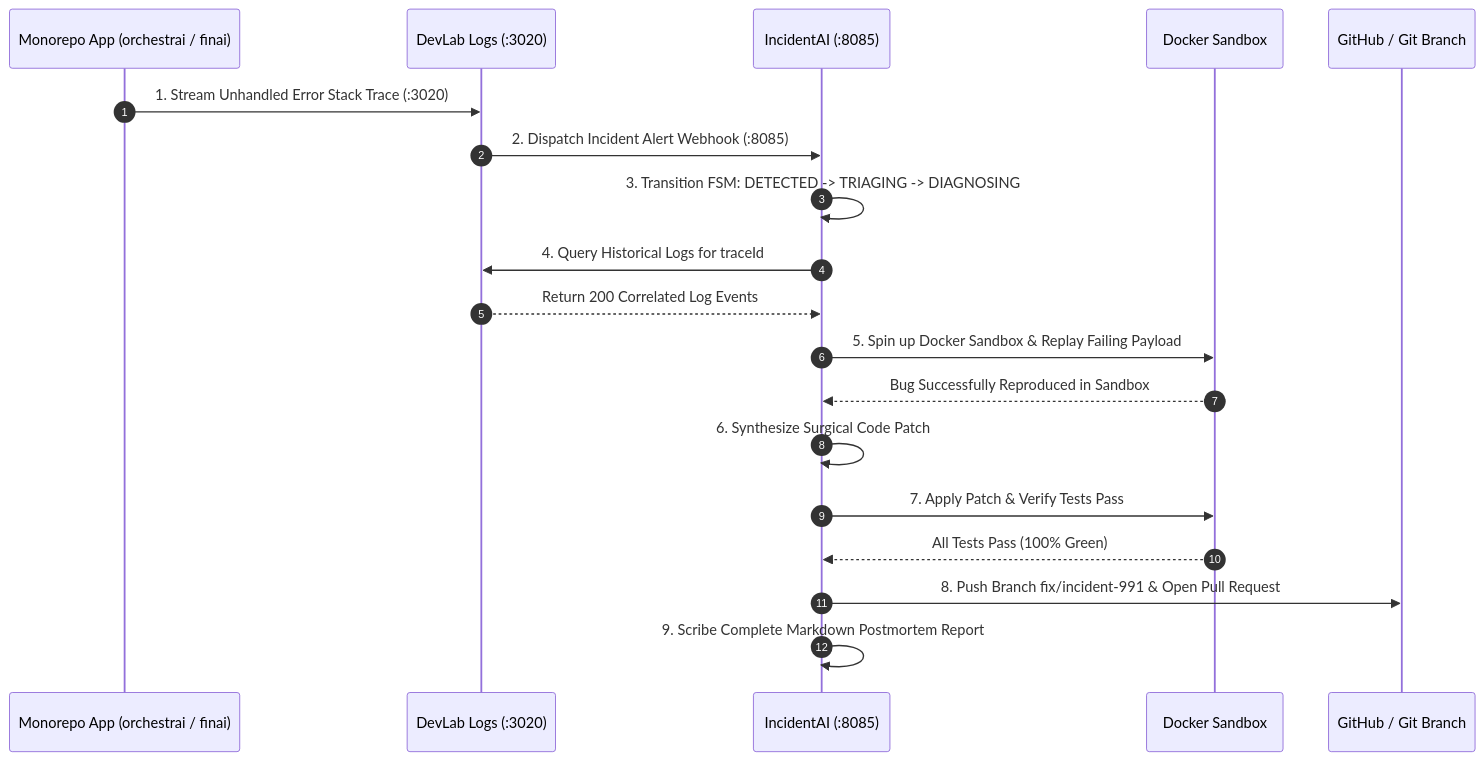
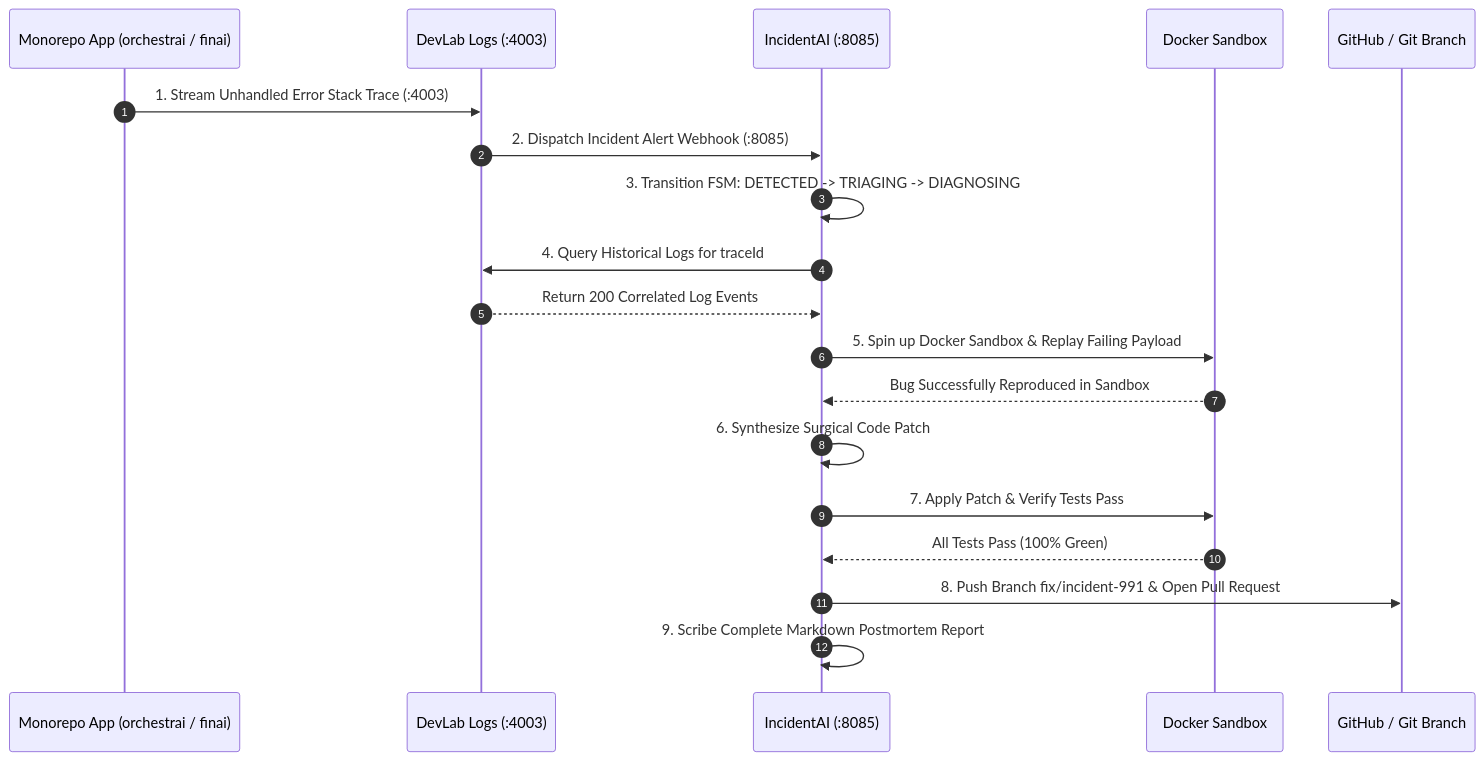
Before and after one commit to yuvadevlab/incidentai: the diagram in PROJECT_INFO.md, drawn with Mermaid. The commit also changed other lines of this file and 2 other files, not shown here.

Commit message:
docs(architecture): standardize service URLs and logs endpoints

````diff
--- a/PROJECT_INFO.md
+++ b/PROJECT_INFO.md
@@ -107,25 +107,25 @@
 ```mermaid
 sequenceDiagram
     autonumber
     participant App as Monorepo App (orchestrai / finai)
-    participant Logs as DevLab Logs (:3020)
+    participant Logs as DevLab Logs (:4003)
     participant IA as IncidentAI (:8085)
     participant Sandbox as Docker Sandbox
     participant Git as GitHub / Git Branch
 
-    App->>Logs: 1. Stream Unhandled Error Stack Trace (:3020)
+    App->>Logs: 1. Stream Unhandled Error Stack Trace (:4003)
     Logs->>IA: 2. Dispatch Incident Alert Webhook (:8085)
     IA->>IA: 3. Transition FSM: DETECTED -> TRIAGING -> DIAGNOSING
     IA->>Logs: 4. Query Historical Logs for traceId
     Logs-->>IA: Return 200 Correlated Log Events
 
     IA->>Sandbox: 5. Spin up Docker Sandbox & Replay Failing Payload
     Sandbox-->>IA: Bug Successfully Reproduced in Sandbox
 
     IA->>IA: 6. Synthesize Surgical Code Patch
     IA->>Sandbox: 7. Apply Patch & Verify Tests Pass
     Sandbox-->>IA: All Tests Pass (100% Green)
 
     IA->>Git: 8. Push Branch fix/incident-991 & Open Pull Request
     IA->>IA: 9. Scribe Complete Markdown Postmortem Report
 ```
````
